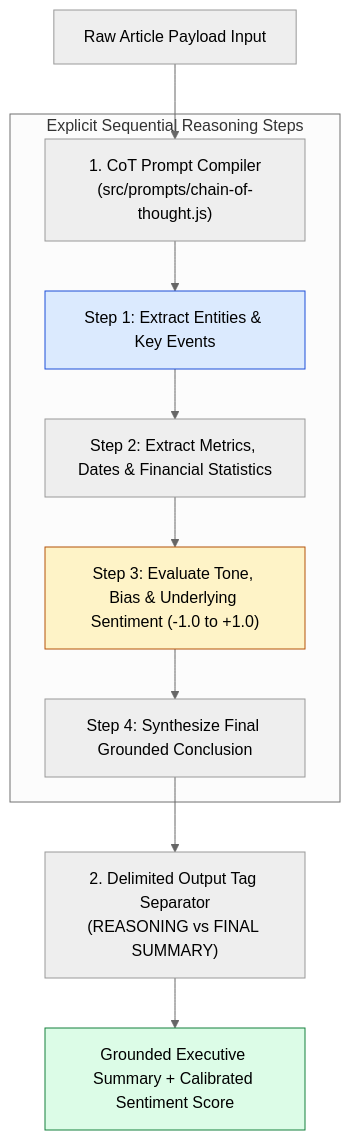
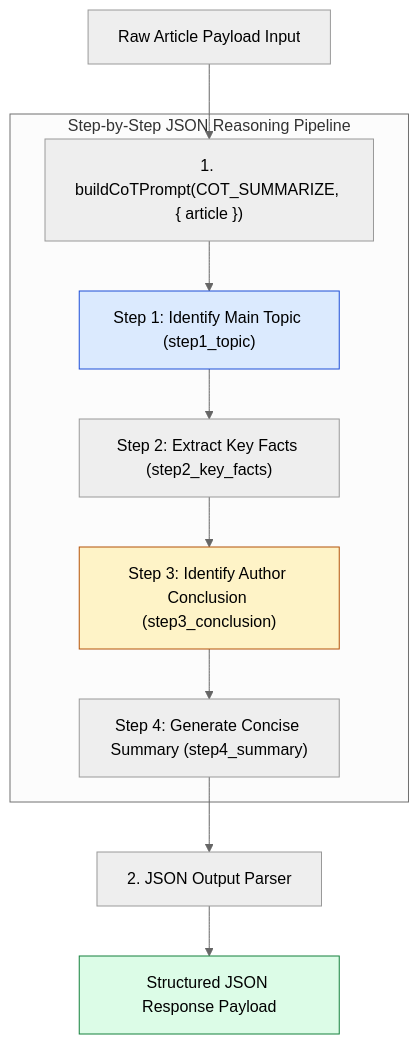
Before and after one commit to Amie-dev/engineering-playbook: the diagram in agentic-ai-notes/01-chai-summarizer/03-chain-of-thought.md, drawn with Mermaid (neutral theme). The commit also changed other lines of this file and 27 other files, not shown here.

````diff
--- a/agentic-ai-notes/01-chai-summarizer/03-chain-of-thought.md
+++ b/agentic-ai-notes/01-chai-summarizer/03-chain-of-thought.md
@@ -13,19 +9,18 @@
 ```mermaid
 flowchart TD
-    RawArticle[Raw Article Payload Input] --> CoTCompiler["1. CoT Prompt Compiler<br/>(src/prompts/chain-of-thought.js)"]
+    RawArticle[Raw Article Payload Input] --> CoTCompiler["1. buildCoTPrompt(COT_SUMMARIZE, { article })"]
 
-    subgraph Explicit Sequential Reasoning Steps
-        CoTCompiler --> Step1["Step 1: Extract Entities & Key Events"]
-        Step1 --> Step2["Step 2: Extract Metrics, Dates & Financial Statistics"]
-        Step2 --> Step3["Step 3: Evaluate Tone, Bias & Underlying Sentiment (-1.0 to +1.0)"]
-        Step3 --> Step4["Step 4: Synthesize Final Grounded Conclusion"]
+    subgraph Step-by-Step JSON Reasoning Pipeline
+        CoTCompiler --> Step1["Step 1: Identify Main Topic (step1_topic)"]
+        Step1 --> Step2["Step 2: Extract Key Facts (step2_key_facts)"]
+        Step2 --> Step3["Step 3: Identify Author Conclusion (step3_conclusion)"]
+        Step3 --> Step4["Step 4: Generate Concise Summary (step4_summary)"]
     end
 
-    Step4 --> OutputFormatter["2. Delimited Output Tag Separator<br/>(REASONING vs FINAL SUMMARY)"]
-
-    OutputFormatter --> GroundedSummary[Grounded Executive Summary + Calibrated Sentiment Score]
+    Step4 --> JSONParser["2. JSON Output Parser"]
+    JSONParser --> FinalResult[Structured JSON Response Payload]
 
     style Step1 fill:#dbeafe,stroke:#1d4ed8
     style Step3 fill:#fef3c7,stroke:#b45309
-    style GroundedSummary fill:#dcfce7,stroke:#15803d
+    style FinalResult fill:#dcfce7,stroke:#15803d
 ```
````
